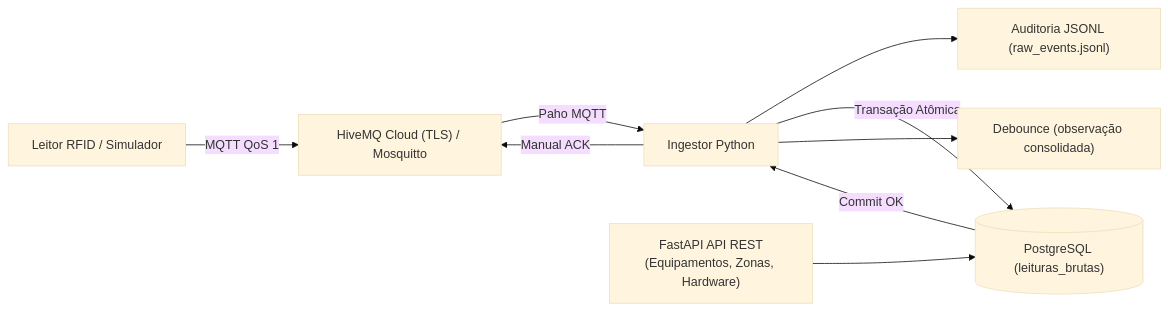
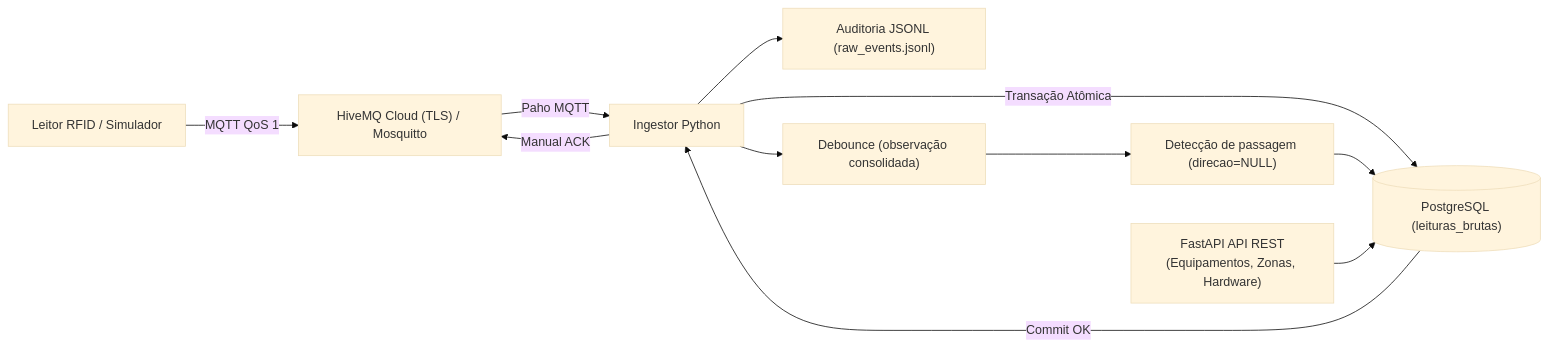
One commit to OtavioBrandao/rastreamento-rfid-hupaa changed the diagram in README.md. Above: the diagram before and after it, drawn with Mermaid (base theme). The commit also changed other lines of this file and 4 other files, not shown here.

````diff
--- a/README.md
+++ b/README.md
@@ -38,11 +38,13 @@
 ```mermaid
 flowchart LR
     LEITOR["Leitor RFID / Simulador"] -->|MQTT QoS 1| BROKER["HiveMQ Cloud (TLS) / Mosquitto"]
     BROKER -->|Paho MQTT| INGESTOR["Ingestor Python"]
     INGESTOR --> JSONL["Auditoria JSONL (raw_events.jsonl)"]
     INGESTOR -->|Transação Atômica| POSTGRES[("PostgreSQL (leituras_brutas)")]
     POSTGRES -->|Commit OK| INGESTOR
     INGESTOR --> DEBOUNCE["Debounce (observação consolidada)"]
+    DEBOUNCE --> PASSAGEM["Detecção de passagem (direcao=NULL)"]
+    PASSAGEM --> POSTGRES
     INGESTOR -->|Manual ACK| BROKER
     FASTAPI["FastAPI API REST<br/>(Equipamentos, Zonas, Hardware)"] --> POSTGRES
 ```
````
